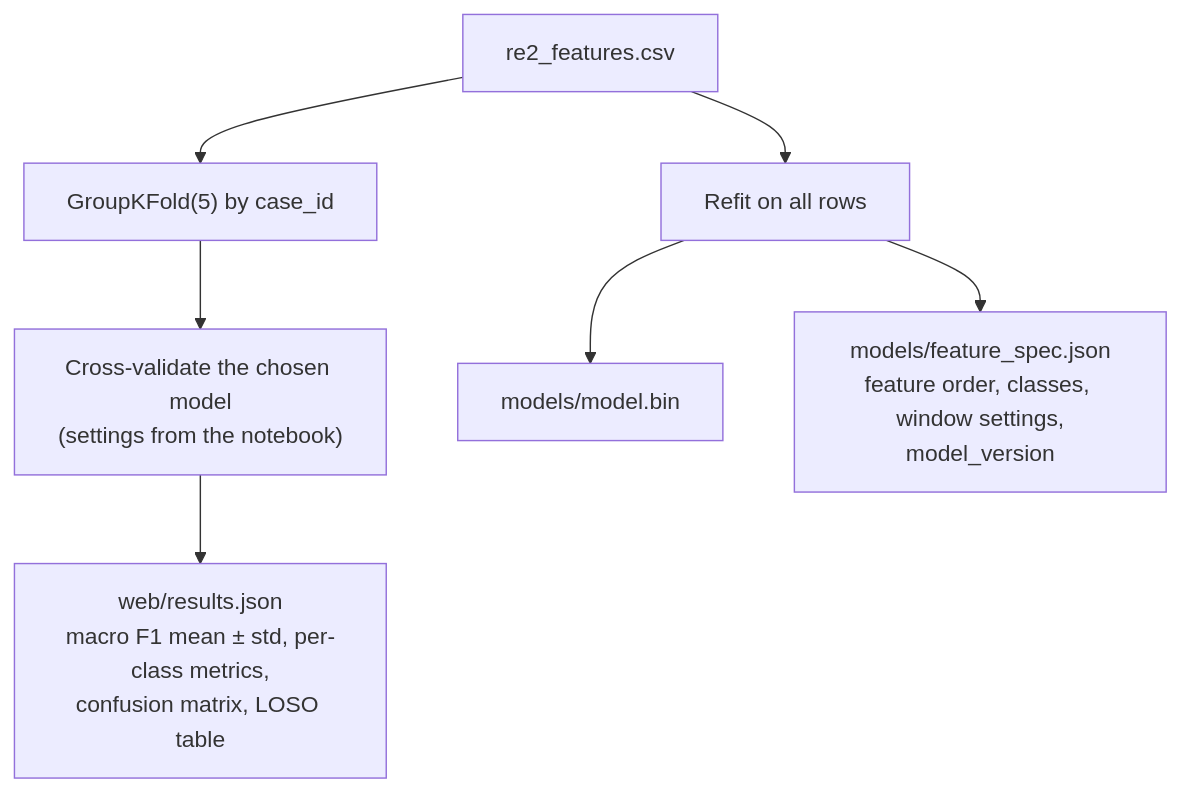
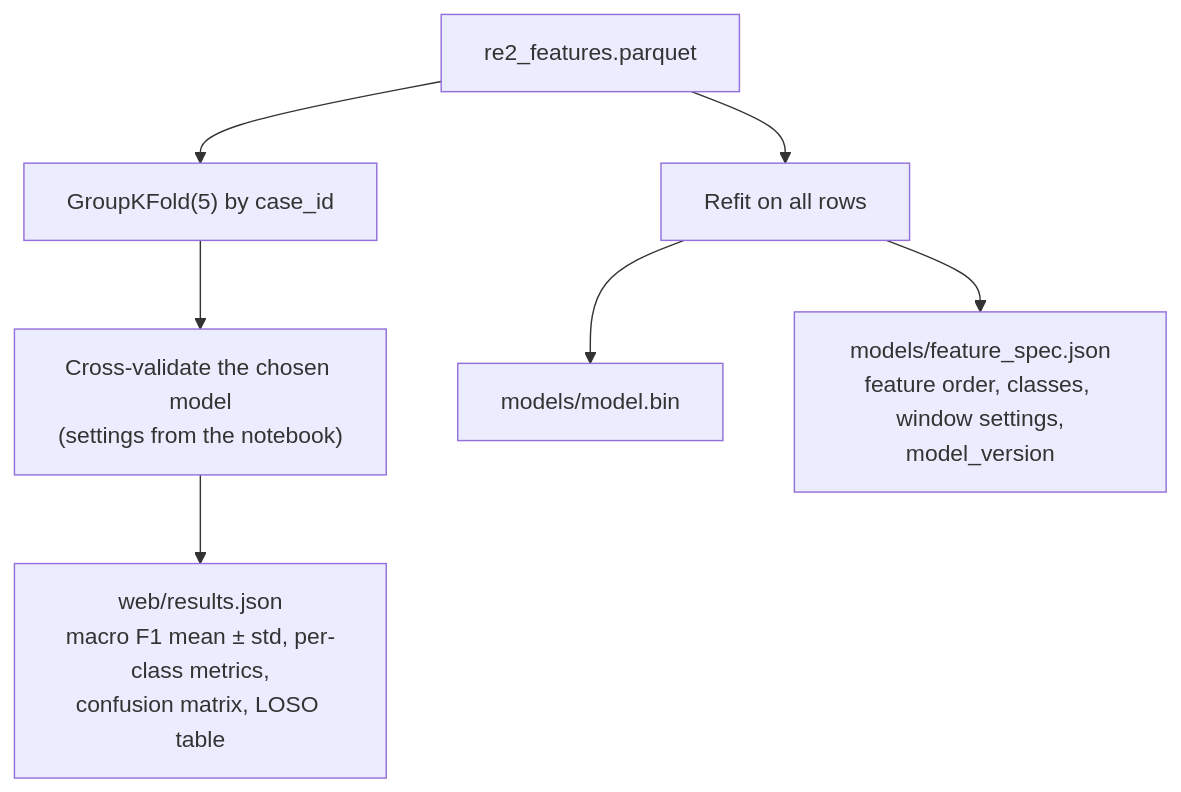
The third of 5 diagrams in docs/architecture.md (jennasrunbooks/faulttrack), drawn with Mermaid before and after one commit. The commit also changed other lines of this file and 6 other files, not shown here.

````diff
--- a/docs/architecture.md
+++ b/docs/architecture.md
@@ -95,9 +95,9 @@
 ```mermaid
 flowchart TD
-    CSV["re2_features.csv"] --> SPLIT["GroupKFold(5) by case_id"]
+    FTP["re2_features.parquet"] --> SPLIT["GroupKFold(5) by case_id"]
     SPLIT --> CV["Cross-validate the chosen model<br/>(settings from the notebook)"]
     CV --> RES["web/results.json<br/>macro F1 mean ± std, per-class metrics,<br/>confusion matrix, LOSO table"]
-    CSV --> FIT["Refit on all rows"]
+    FTP --> FIT["Refit on all rows"]
     FIT --> BIN["models/model.bin"]
     FIT --> SPEC["models/feature_spec.json<br/>feature order, classes, window settings,<br/>model_version"]
 ```
````
